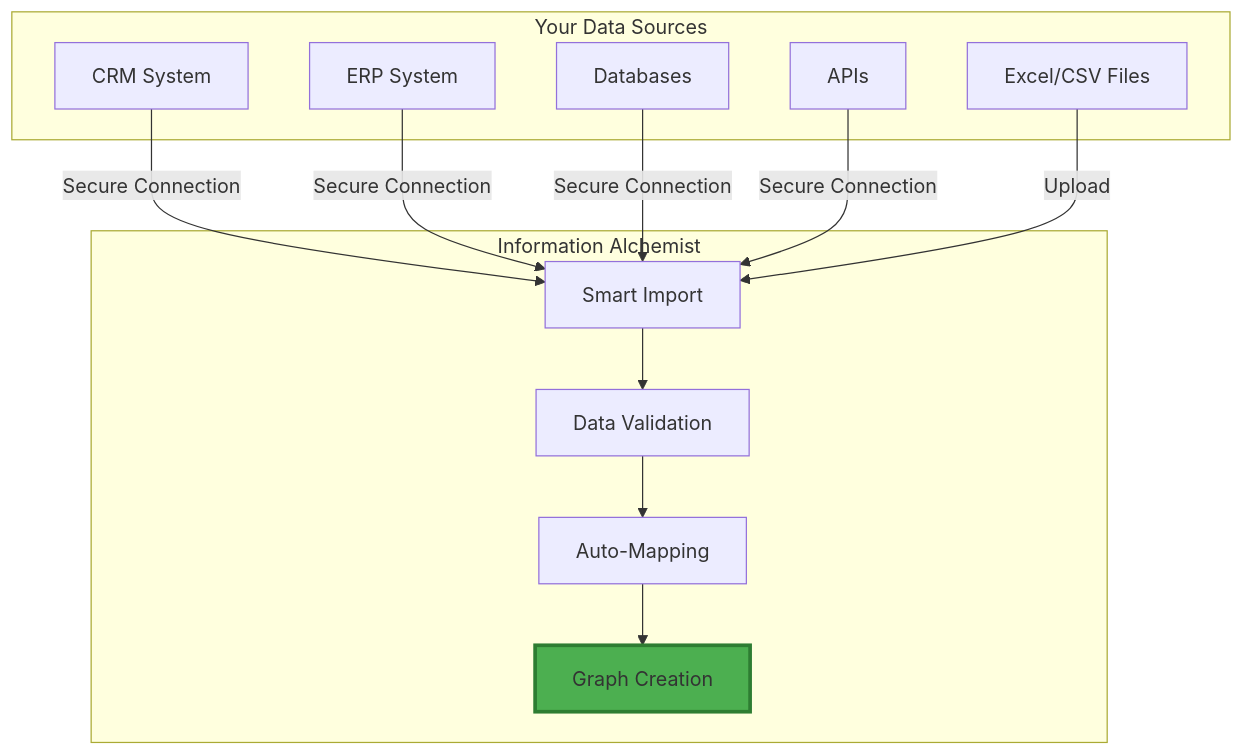
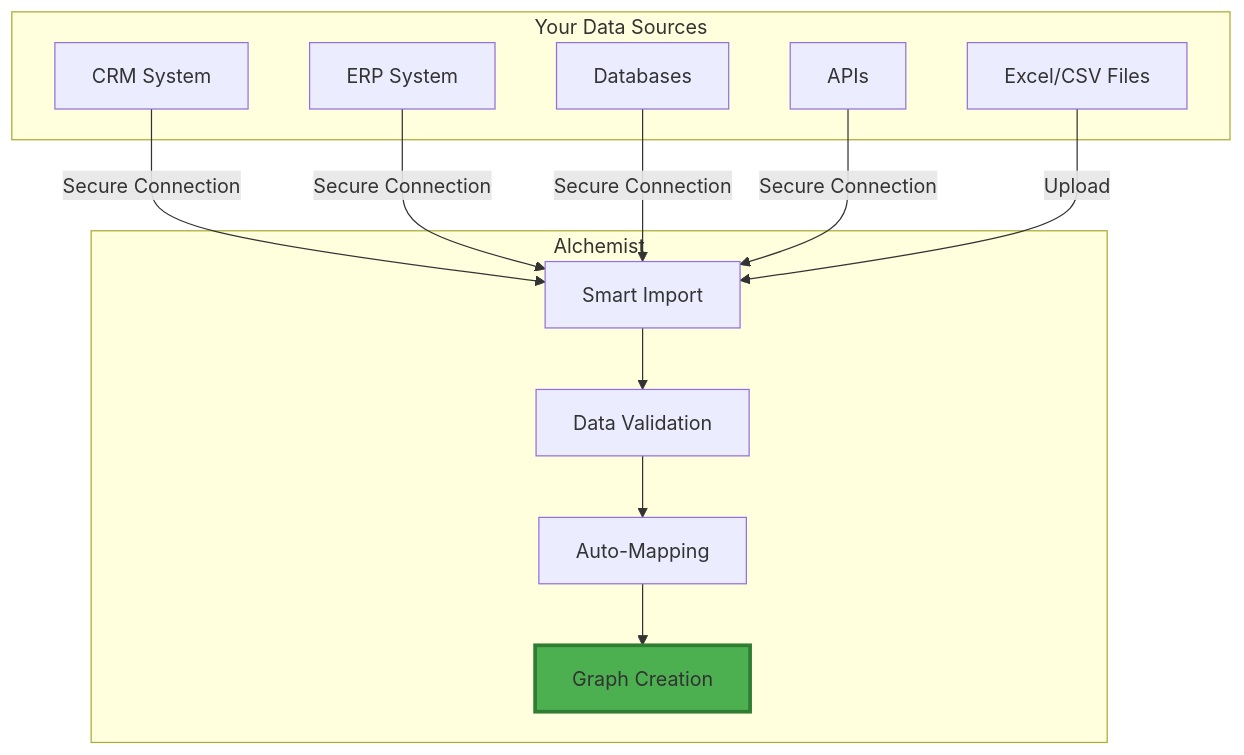
Before and after one commit to TheCowboyAI/alchemist: the second of 6 diagrams in doc/publish/business/04-getting-started.md, drawn with Mermaid. The commit also changed other lines of this file and 9 other files, not shown here.

````diff
--- a/doc/publish/business/04-getting-started.md
+++ b/doc/publish/business/04-getting-started.md
@@ -45,29 +45,29 @@
 ```mermaid
 graph TB
     subgraph "Your Data Sources"
         CRM[CRM System]
         ERP[ERP System]
         DB[Databases]
         API[APIs]
         FILE[Excel/CSV Files]
     end
 
-    subgraph "Information Alchemist"
+    subgraph "Alchemist"
         IMPORT[Smart Import]
         VALIDATE[Data Validation]
         MAP[Auto-Mapping]
         GRAPH[Graph Creation]
     end
 
     CRM -->|Secure Connection| IMPORT
     ERP -->|Secure Connection| IMPORT
     DB -->|Secure Connection| IMPORT
     API -->|Secure Connection| IMPORT
     FILE -->|Upload| IMPORT
 
     IMPORT --> VALIDATE
     VALIDATE --> MAP
     MAP --> GRAPH
 
     style GRAPH fill:#4CAF50,stroke:#2E7D32,stroke-width:3px
 ```
````
